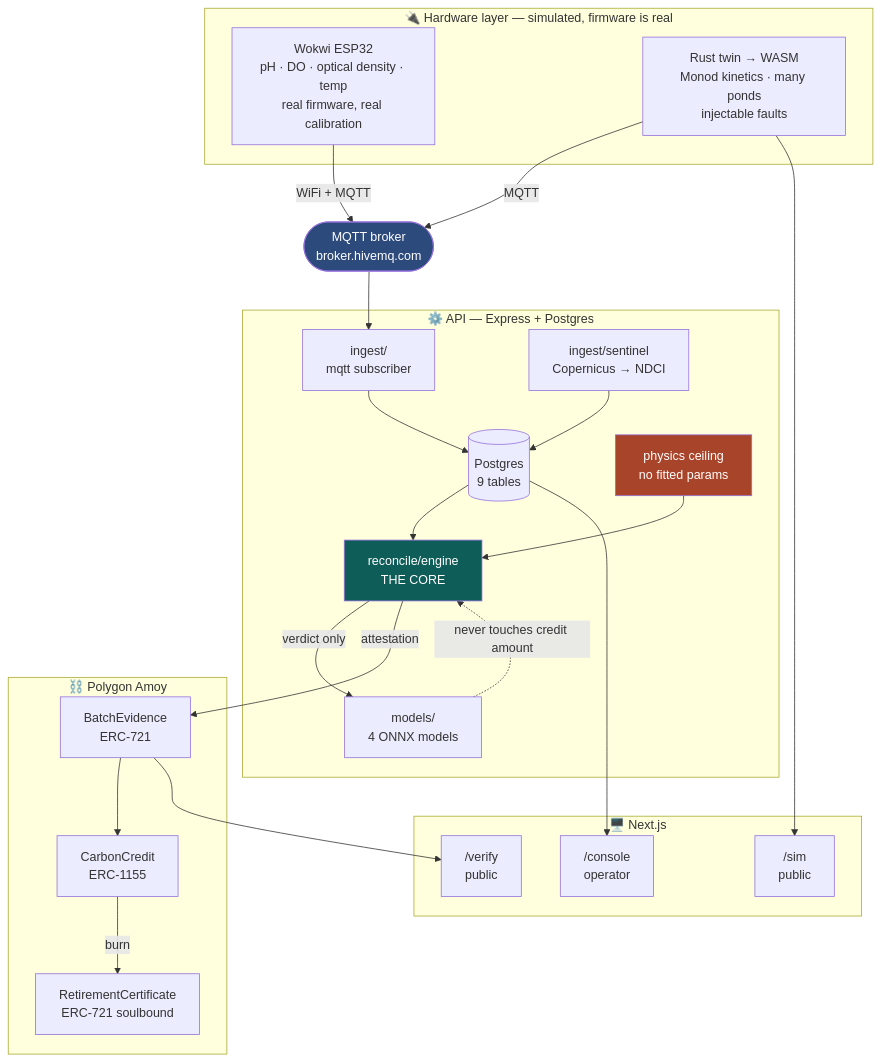
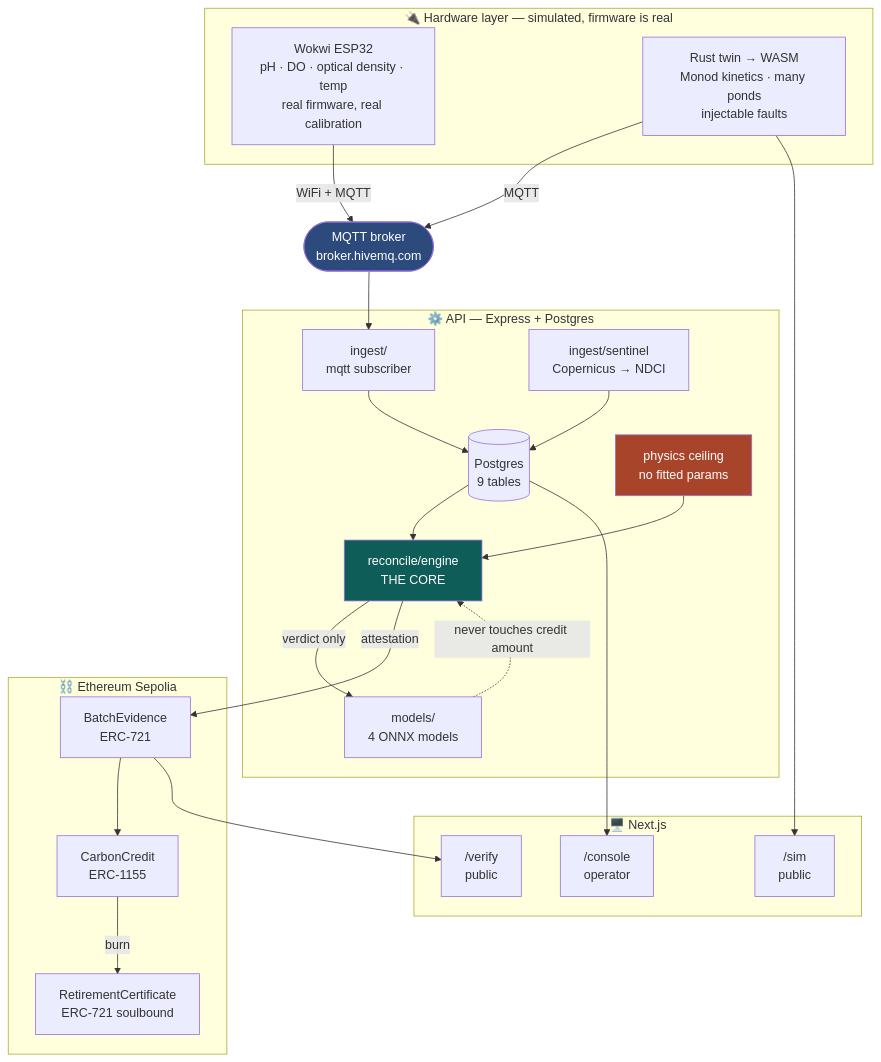
Before and after one commit to Daksh2477/RunTimeZero: the first of 5 diagrams in docs/ARCHITECTURE.md, drawn with Mermaid. The commit also changed other lines of this file and 2 other files, not shown here.

Commit message:
record sepolia as the deployed chain and why it is not amoy

````diff
--- a/docs/ARCHITECTURE.md
+++ b/docs/ARCHITECTURE.md
@@ -10,50 +10,50 @@
 ```mermaid
 flowchart TB
     subgraph HW["🔌 Hardware layer — simulated, firmware is real"]
         WOKWI["Wokwi ESP32<br/>pH · DO · optical density · temp<br/>real firmware, real calibration"]
         TWIN["Rust twin → WASM<br/>Monod kinetics · many ponds<br/>injectable faults"]
     end
 
     BROKER(["MQTT broker<br/>broker.hivemq.com"])
 
     subgraph API["⚙️ API — Express + Postgres"]
         INGEST["ingest/<br/>mqtt subscriber"]
         SAT["ingest/sentinel<br/>Copernicus → NDCI"]
         DB[("Postgres<br/>9 tables")]
         ENGINE["reconcile/engine<br/>THE CORE"]
         CEIL["physics ceiling<br/>no fitted params"]
         MODELS["models/<br/>4 ONNX models"]
     end
 
-    subgraph CHAIN["⛓️ Polygon Amoy"]
+    subgraph CHAIN["⛓️ Ethereum Sepolia"]
         EV["BatchEvidence<br/>ERC-721"]
         CC["CarbonCredit<br/>ERC-1155"]
         RC["RetirementCertificate<br/>ERC-721 soulbound"]
     end
 
     subgraph WEB["🖥️ Next.js"]
         CONSOLE["/console<br/>operator"]
         VERIFY["/verify<br/>public"]
         SIM["/sim<br/>public"]
     end
 
     WOKWI -->|"WiFi + MQTT"| BROKER
     TWIN -->|"MQTT"| BROKER
     BROKER --> INGEST
     INGEST --> DB
     SAT --> DB
     DB --> ENGINE
     CEIL --> ENGINE
     ENGINE -->|"verdict only"| MODELS
     MODELS -.->|"never touches credit amount"| ENGINE
     ENGINE -->|"attestation"| EV
     EV --> CC
     CC -->|"burn"| RC
     DB --> CONSOLE
     EV --> VERIFY
     TWIN --> SIM
 
     style ENGINE fill:#0f5d58,color:#fff
     style CEIL fill:#a8442a,color:#fff
     style BROKER fill:#2d4a7c,color:#fff
 ```
````
